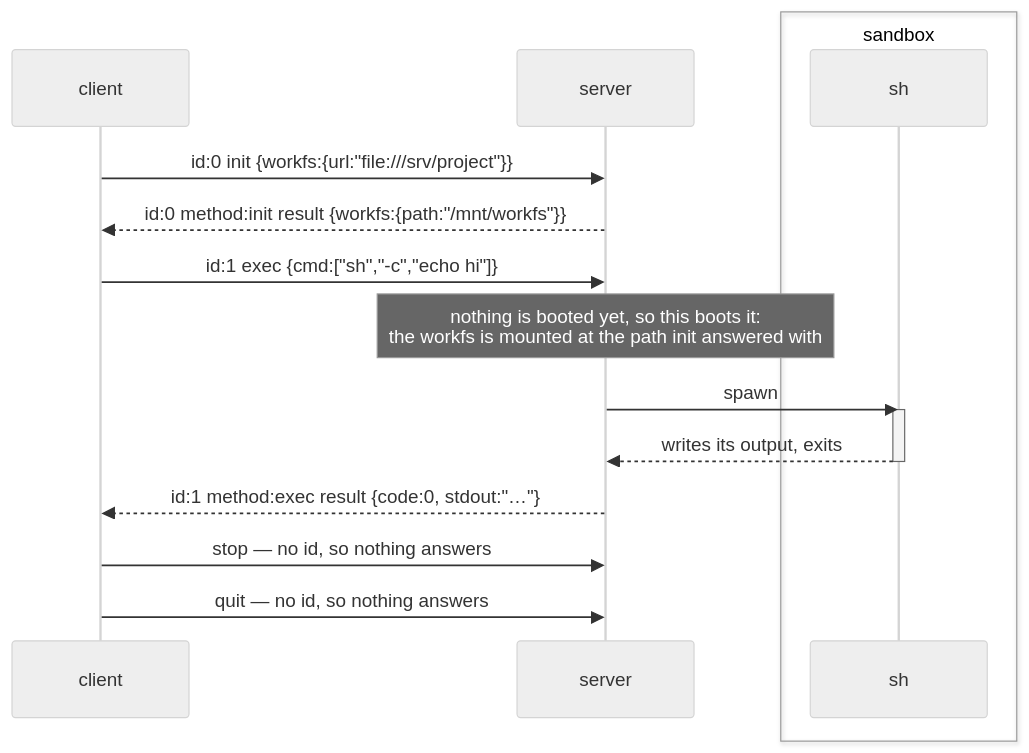
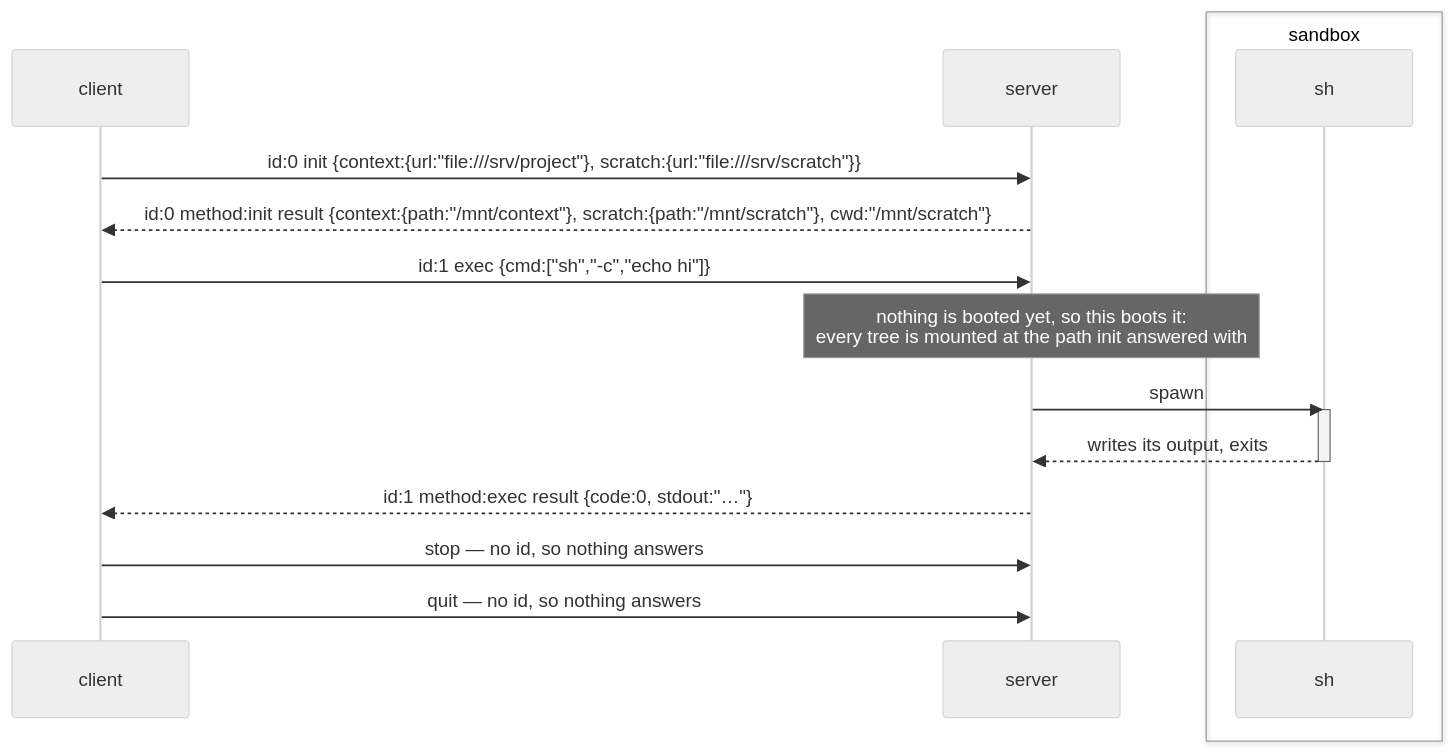
One commit to brekkylab/cortex changed the first of 2 diagrams in cortex/src/console/ARCHITECTURE.md. Above: the diagram before and after it, drawn with Mermaid (neutral theme). The commit also changed other lines of this file and 33 other files, not shown here.

````diff
--- a/cortex/src/console/ARCHITECTURE.md
+++ b/cortex/src/console/ARCHITECTURE.md
@@ -442,22 +470,22 @@
 ```mermaid
 sequenceDiagram
     participant client
     participant server
     box transparent sandbox
         participant sh
     end
 
-    client->>server: id:0 init {workfs:{url:"file:///srv/project"}}
-    server-->>client: id:0 method:init result {workfs:{path:"/mnt/workfs"}}
+    client->>server: id:0 init {context:{url:"file:///srv/project"}, scratch:{url:"file:///srv/scratch"}}
+    server-->>client: id:0 method:init result {context:{path:"/mnt/context"}, scratch:{path:"/mnt/scratch"}, cwd:"/mnt/scratch"}
 
     client->>server: id:1 exec {cmd:["sh","-c","echo hi"]}
-    Note over server: nothing is booted yet, so this boots it:<br/>the workfs is mounted at the path init answered with
+    Note over server: nothing is booted yet, so this boots it:<br/>every tree is mounted at the path init answered with
     server->>sh: spawn
     activate sh
     sh-->>server: writes its output, exits
     deactivate sh
     server-->>client: id:1 method:exec result {code:0, stdout:"…"}
 
     client->>server: stop — no id, so nothing answers
     client->>server: quit — no id, so nothing answers
 ```
````
